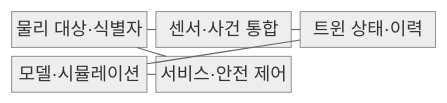
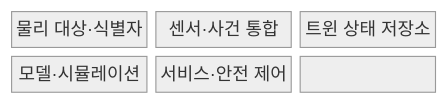
One commit to agnusdei1207/knowledge-base changed the first of 2 diagrams in src/content/docs/notes/08-latest-tech/200_digital_twin.md. Above: the diagram before and after it, drawn with Mermaid (neutral theme). The commit also changed other lines of this file and 228 other files, not shown here.

````diff
--- a/src/content/docs/notes/08-latest-tech/200_digital_twin.md
+++ b/src/content/docs/notes/08-latest-tech/200_digital_twin.md
@@ -50,14 +49,11 @@
 ```mermaid
 block-beta
   columns 3
-  A["물리 대상·식별자"]
-  B["센서·사건 통합"]
-  C["트윈 상태·이력"]
-  D["모델·시뮬레이션"]
-  E["서비스·안전 제어"]
-  A --- B
-  B --- C
-  C --- D
-  D --- E
-  E --- A
+  N0["물리 대상·식별자"]
+  N1["센서·사건 통합"]
+  N2["트윈 상태 저장소"]
+  N3["모델·시뮬레이션"]
+  N4["서비스·안전 제어"]
+  N0 --- N1 --- N2
+  N2 --- N3 --- N4
 ```
````
